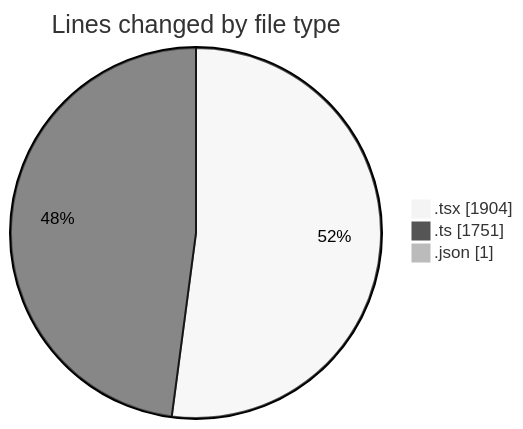
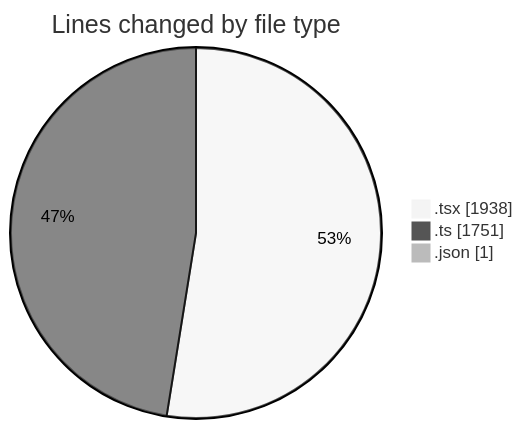
The first of 2 diagrams in 2025-10-08/eventscop-frontend-guide__workspace_/README.md (julien-gomy/code-tracking), drawn with Mermaid (neutral theme) before and after one commit. The commit also changed other lines of this file and 1 other file, not shown here.

````diff
--- a/2025-10-08/eventscop-frontend-guide__workspace_/README.md
+++ b/2025-10-08/eventscop-frontend-guide__workspace_/README.md
@@ -35,7 +35,7 @@
 ```mermaid
 pie showData
 title Lines changed by file type
-".tsx" : 1904
+".tsx" : 1938
 ".ts" : 1751
 ".json" : 1
 ```
````
